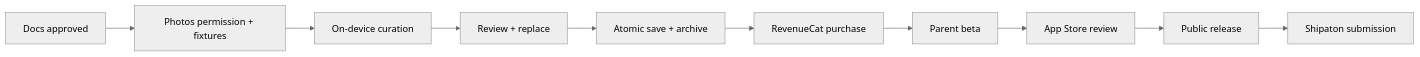
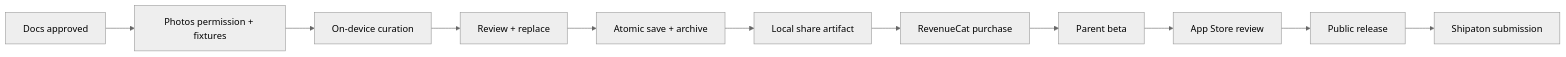
Before and after one commit to kimsol1134/weekkeep: the diagram in docs/07-DELIVERY-PLAN.md, drawn with Mermaid (neutral theme). The commit also changed other lines of this file and 367 other files, not shown here.

````diff
--- a/docs/07-DELIVERY-PLAN.md
+++ b/docs/07-DELIVERY-PLAN.md
@@ -46,12 +46,13 @@
 ```mermaid
 flowchart LR
     D["Docs approved"] --> P["Photos permission + fixtures"]
     P --> C["On-device curation"]
     C --> R["Review + replace"]
     R --> S["Atomic save + archive"]
-    S --> PAY["RevenueCat purchase"]
+    S --> X["Local share artifact"]
+    X --> PAY["RevenueCat purchase"]
     PAY --> B["Parent beta"]
     B --> AS["App Store review"]
     AS --> PUB["Public release"]
     PUB --> SUB["Shipaton submission"]
 ```
````
